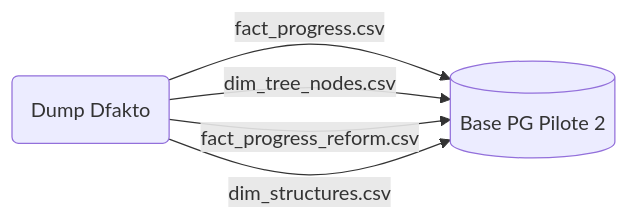
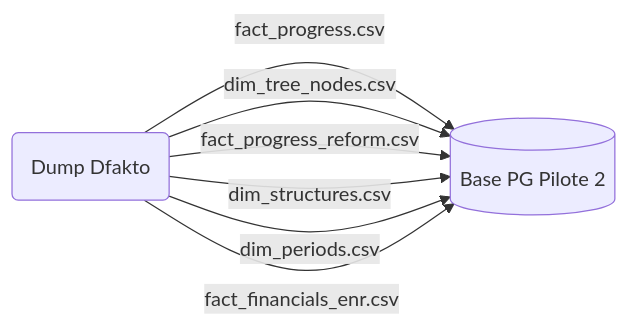
The third of 4 diagrams in data/README.md (DITP-pilotage/pilote-2), drawn with Mermaid before and after one commit. The commit also changed other lines of this file and 18 other files, not shown here.

````diff
--- a/data/README.md
+++ b/data/README.md
@@ -205,7 +206,9 @@
 ``` mermaid
 graph LR
 DFAK(Dump Dfakto) --> |fact_progress.csv| PG[(Base PG Pilote 2)]
 DFAK --> |dim_tree_nodes.csv| PG
 DFAK --> |fact_progress_reform.csv| PG
 DFAK --> |dim_structures.csv| PG
+DFAK --> |dim_periods.csv| PG
+DFAK --> |fact_financials_enr.csv| PG
 ```
````
